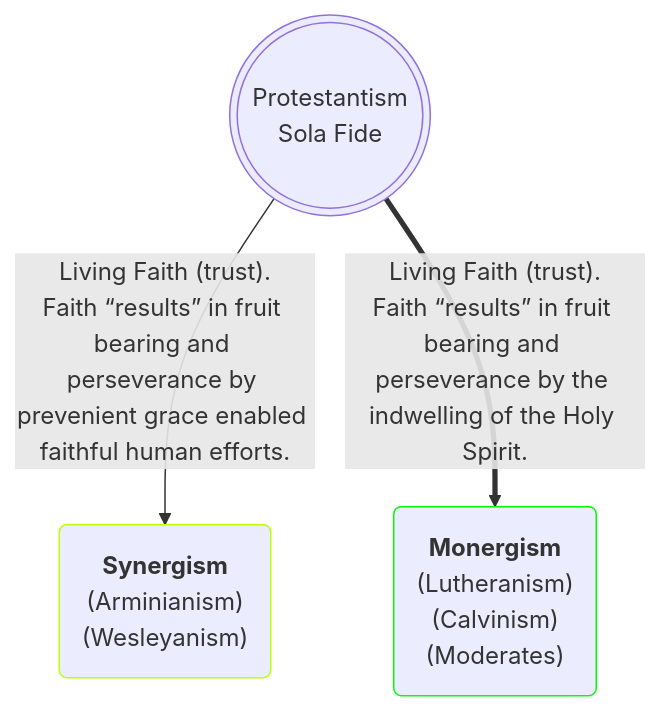
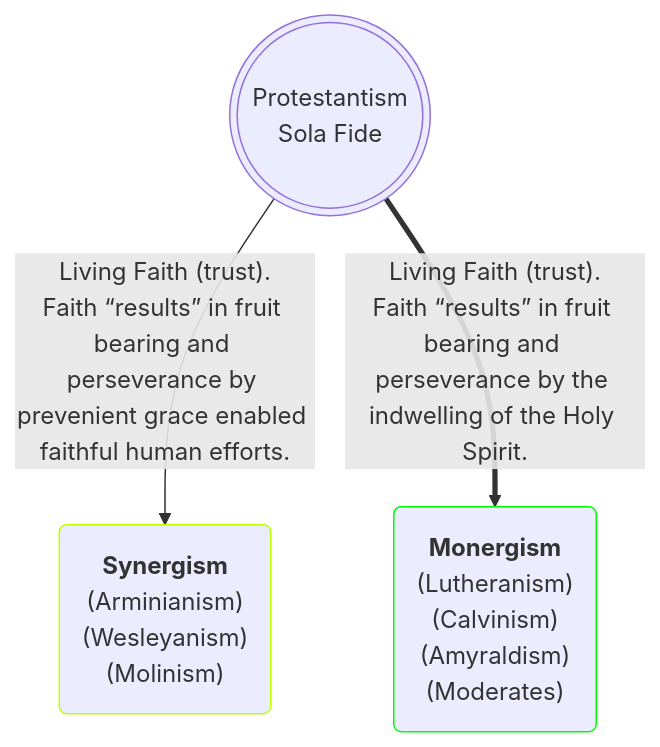
The second of 2 diagrams in _posts/2025-08-03-historic-protestant-position.markdown (OrdoLuminis/ordoluminis.github.io), drawn with Mermaid before and after one commit. The commit also changed other lines of this file, not shown here.

````diff
--- a/_posts/2025-08-03-historic-protestant-position.markdown
+++ b/_posts/2025-08-03-historic-protestant-position.markdown
@@ -100,8 +100,8 @@
 ```mermaid
 flowchart TD
     A(((Protestantism<br>Sola Fide)))
-    A -->|Living Faith &lpar;trust&rpar;.<br>Faith &ldquo;results&rdquo; in fruit bearing and perseverance by prevenient grace enabled faithful human efforts.| F(<strong>Synergism</strong><br>&lpar;Arminianism&rpar;<br>&lpar;Wesleyanism&rpar;):::lightgreen
-    A ==>|Living Faith &lpar;trust&rpar;.<br>Faith &ldquo;results&rdquo; in fruit bearing and perseverance by the indwelling of the Holy Spirit.| E(<strong>Monergism</strong><br>&lpar;Lutheranism&rpar;<br>&lpar;Calvinism&rpar;<br>&lpar;Moderates&rpar;):::green
+    A -->|Living Faith &lpar;trust&rpar;.<br>Faith &ldquo;results&rdquo; in fruit bearing and perseverance by prevenient grace enabled faithful human efforts.| F(<strong>Synergism</strong><br>&lpar;Arminianism&rpar;<br>&lpar;Wesleyanism&rpar;<br>&lpar;Molinism&rpar;):::lightgreen
+    A ==>|Living Faith &lpar;trust&rpar;.<br>Faith &ldquo;results&rdquo; in fruit bearing and perseverance by the indwelling of the Holy Spirit.| E(<strong>Monergism</strong><br>&lpar;Lutheranism&rpar;<br>&lpar;Calvinism&rpar;<br>&lpar;Amyraldism&rpar;<br>&lpar;Moderates&rpar;):::green
     classDef green stroke:#0f0
     classDef lightgreen stroke:#Bf0
 ```
````
